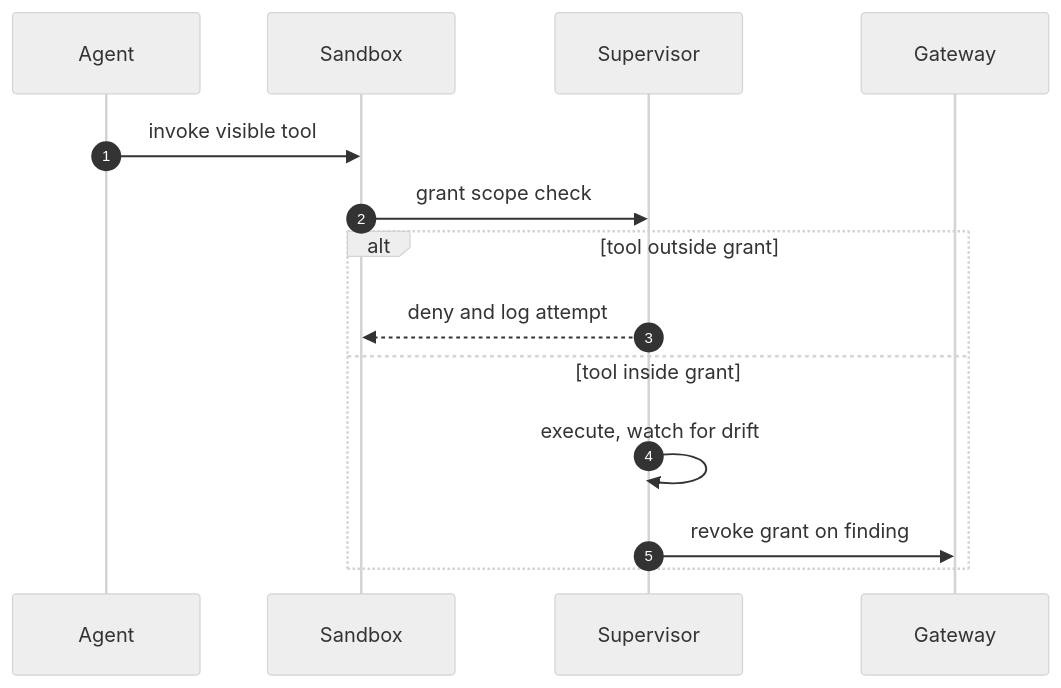
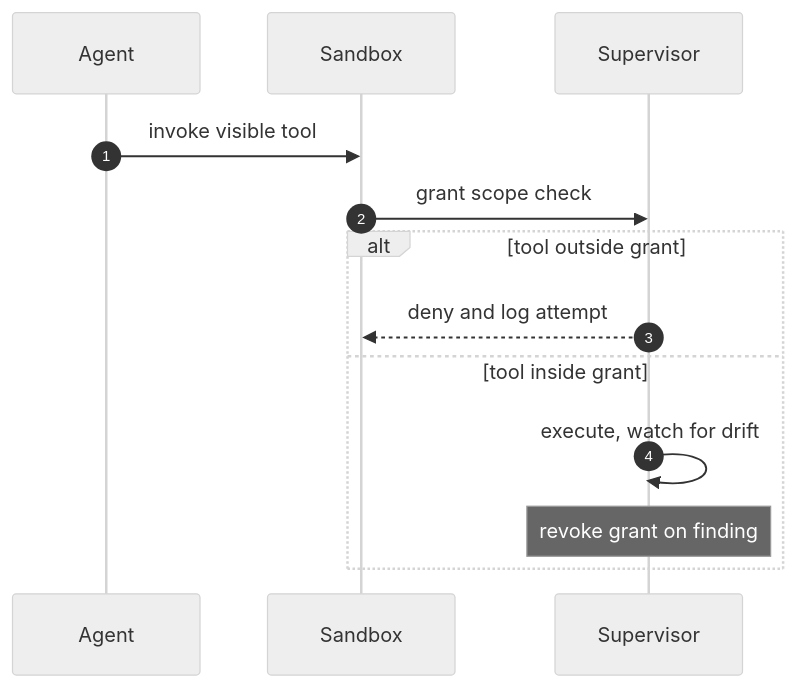
Before and after one commit to harishgovardhandamodar/AI-Agents-Patterns: diagram 15 of 26 in book/OPENSHELL-REFERENCE-ARCHITECTURE.md, drawn with Mermaid (neutral theme). The commit also changed other lines of this file and 4 other files, not shown here.

First line of the commit message:
Presentable UML: vertical stacks, no dead columns, tighter sequences

````diff
--- a/book/OPENSHELL-REFERENCE-ARCHITECTURE.md
+++ b/book/OPENSHELL-REFERENCE-ARCHITECTURE.md
@@ -510,16 +508,15 @@
 ```mermaid
 sequenceDiagram
     autonumber
     participant A as Agent
     participant SB as Sandbox
     participant SV as Supervisor
-    participant GW as Gateway
     A->>SB: invoke visible tool
     SB->>SV: grant scope check
     alt tool outside grant
         SV-->>SB: deny and log attempt
     else tool inside grant
         SV->>SV: execute, watch for drift
-        SV->>GW: revoke grant on finding
+        Note over SV: revoke grant on finding
     end
 ```
````
